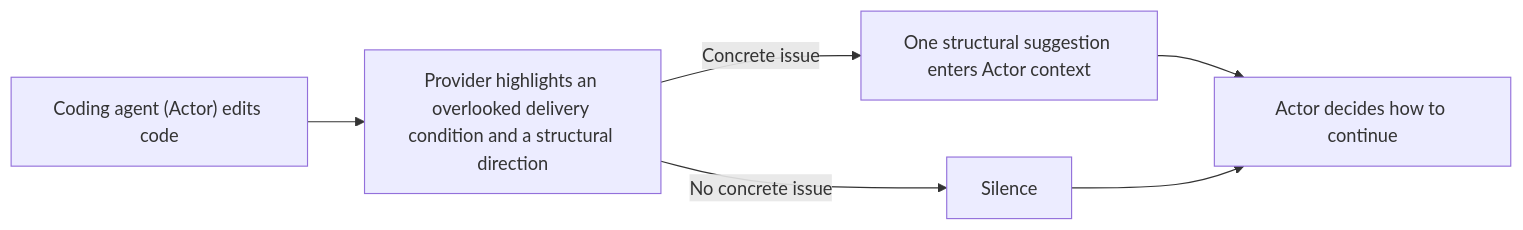
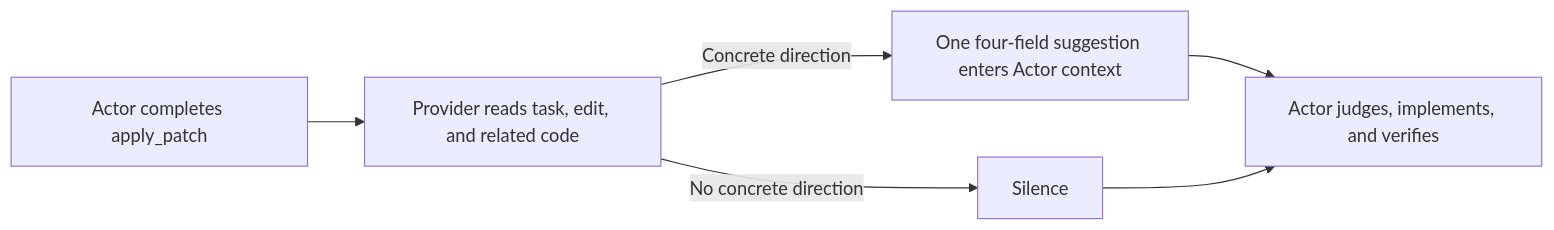
The diagram in README.md (shihchengwei-lab/masters-nudge), drawn with Mermaid before and after one commit. The commit also changed other lines of this file and 425 other files, not shown here.

````diff
--- a/README.md
+++ b/README.md
@@ -11,8 +13,8 @@
 ```mermaid
 flowchart LR
-    A["Coding agent (Actor) edits code"] --> B["Provider highlights an overlooked delivery condition and a structural direction"]
-    B -->|Concrete issue| C["One structural suggestion enters Actor context"]
-    B -->|No concrete issue| D["Silence"]
-    C --> E["Actor decides how to continue"]
+    A["Actor completes apply_patch"] --> B["Provider reads task, edit, and related code"]
+    B -->|Concrete direction| C["One four-field suggestion enters Actor context"]
+    B -->|No concrete direction| D["Silence"]
+    C --> E["Actor judges, implements, and verifies"]
     D --> E
 ```
````
